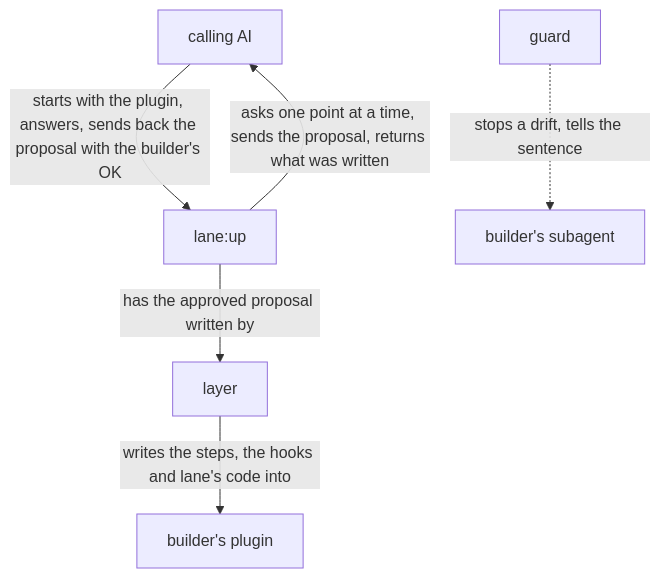
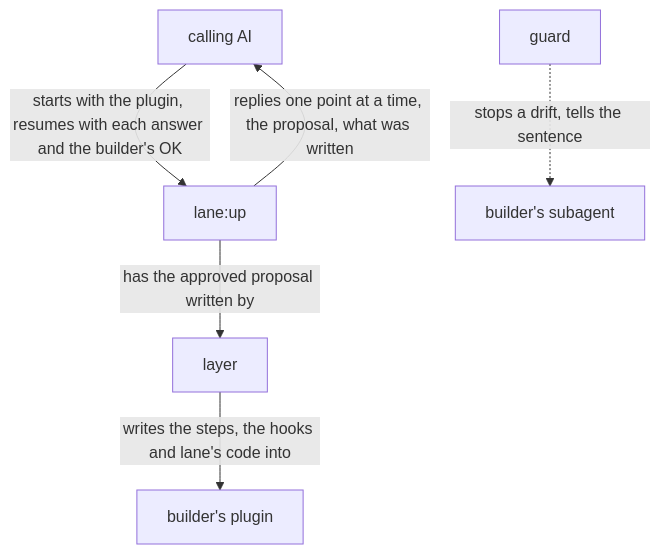
Before and after one commit to lovaizu/ccpm: the diagram in dev/lane/design.md, drawn with Mermaid. The commit also changed other lines of this file and 18 other files, not shown here.

````diff
--- a/dev/lane/design.md
+++ b/dev/lane/design.md
@@ -26,14 +26,14 @@
 ```mermaid
 flowchart TB
   caller["calling AI"]
   up["lane:up"]
   layer["layer"]
   plugin["builder's plugin"]
   guard["guard"]
   sub["builder's subagent"]
-  caller -->|starts with the plugin, answers, sends back the proposal with the builder's OK| up
-  up -->|asks one point at a time, sends the proposal, returns what was written| caller
+  caller -->|starts with the plugin, resumes with each answer and the builder's OK| up
+  up -->|replies one point at a time, the proposal, what was written| caller
   up -->|has the approved proposal written by| layer
   layer -->|writes the steps, the hooks and lane's code into| plugin
   guard -.->|stops a drift, tells the sentence| sub
 ```
````
